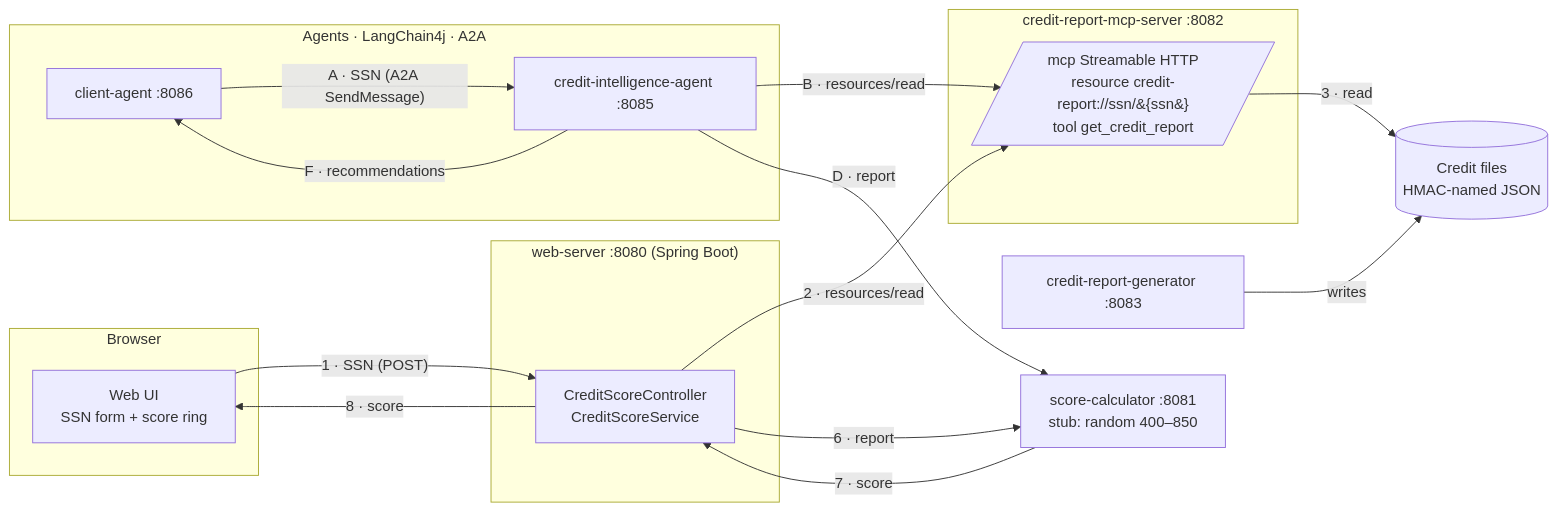
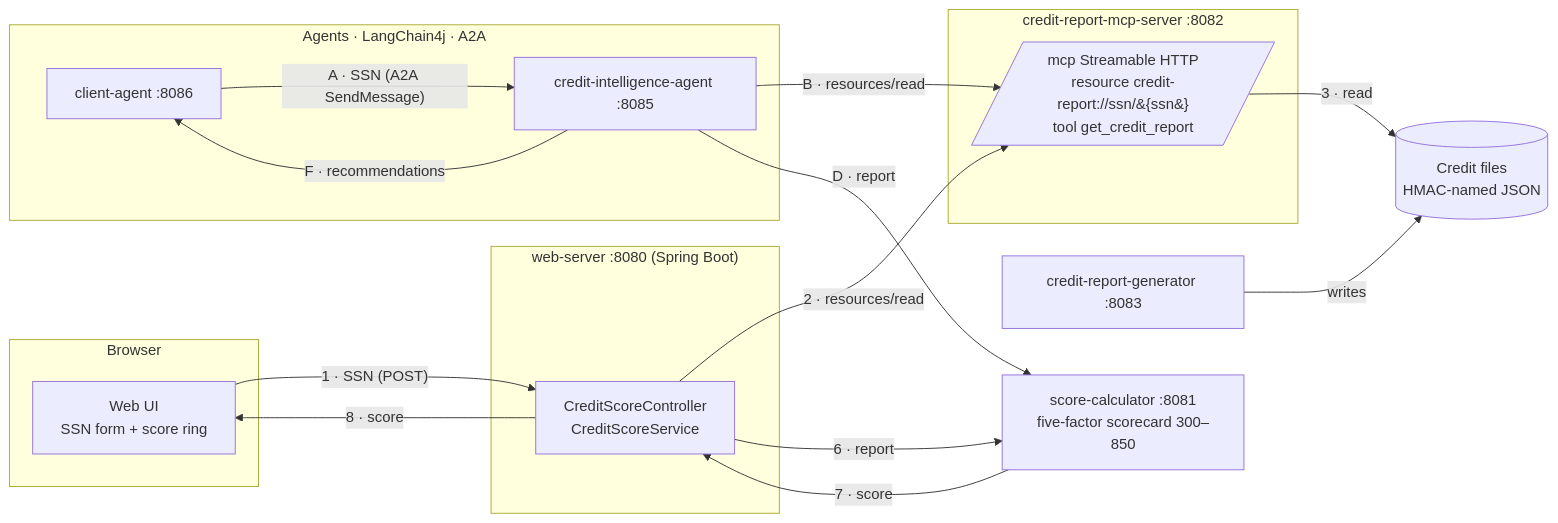
The diagram in docs/architecture.md (manojkhanwalkar/creditagent), drawn with Mermaid before and after one commit. The commit also changed 11 other files, not shown here.

First line of the commit message:
Replace random score stub with FICO-style factor-based scorecard (#5)

````diff
--- a/docs/architecture.md
+++ b/docs/architecture.md
@@ -5,31 +5,31 @@
 ```mermaid
 flowchart LR
     subgraph Browser
         UI[Web UI<br/>SSN form + score ring]
     end
     subgraph Web["web-server :8080 (Spring Boot)"]
         WS[CreditScoreController<br/>CreditScoreService]
     end
     subgraph MCP["credit-report-mcp-server :8082"]
         M[/mcp Streamable HTTP<br/>resource credit-report://ssn/&#123;ssn&#125;<br/>tool get_credit_report/]
     end
     FS[(Credit files<br/>HMAC-named JSON)]
     GEN[credit-report-generator :8083]
-    SC[score-calculator :8081<br/>stub: random 400–850]
+    SC[score-calculator :8081<br/>five-factor scorecard 300–850]
     subgraph Agents["Agents · LangChain4j · A2A"]
         CA[client-agent :8086]
         CIA[credit-intelligence-agent :8085]
     end
 
     UI -- "1 · SSN (POST)" --> WS
     WS -- "2 · resources/read" --> M
     M -- "3 · read" --> FS
     WS -- "6 · report" --> SC
     SC -- "7 · score" --> WS
     WS -- "8 · score" --> UI
     GEN -- writes --> FS
     CA -- "A · SSN (A2A SendMessage)" --> CIA
     CIA -- "B · resources/read" --> M
     CIA -- "D · report" --> SC
     CIA -- "F · recommendations" --> CA
 ```
````
